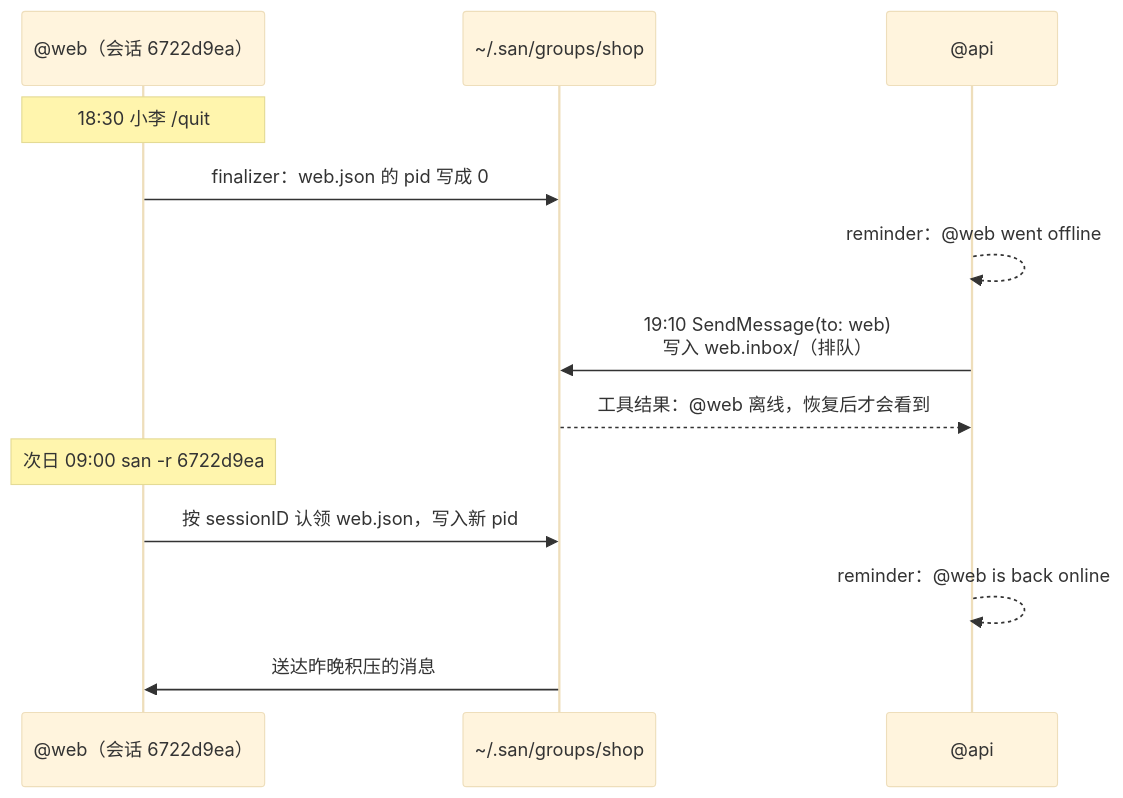
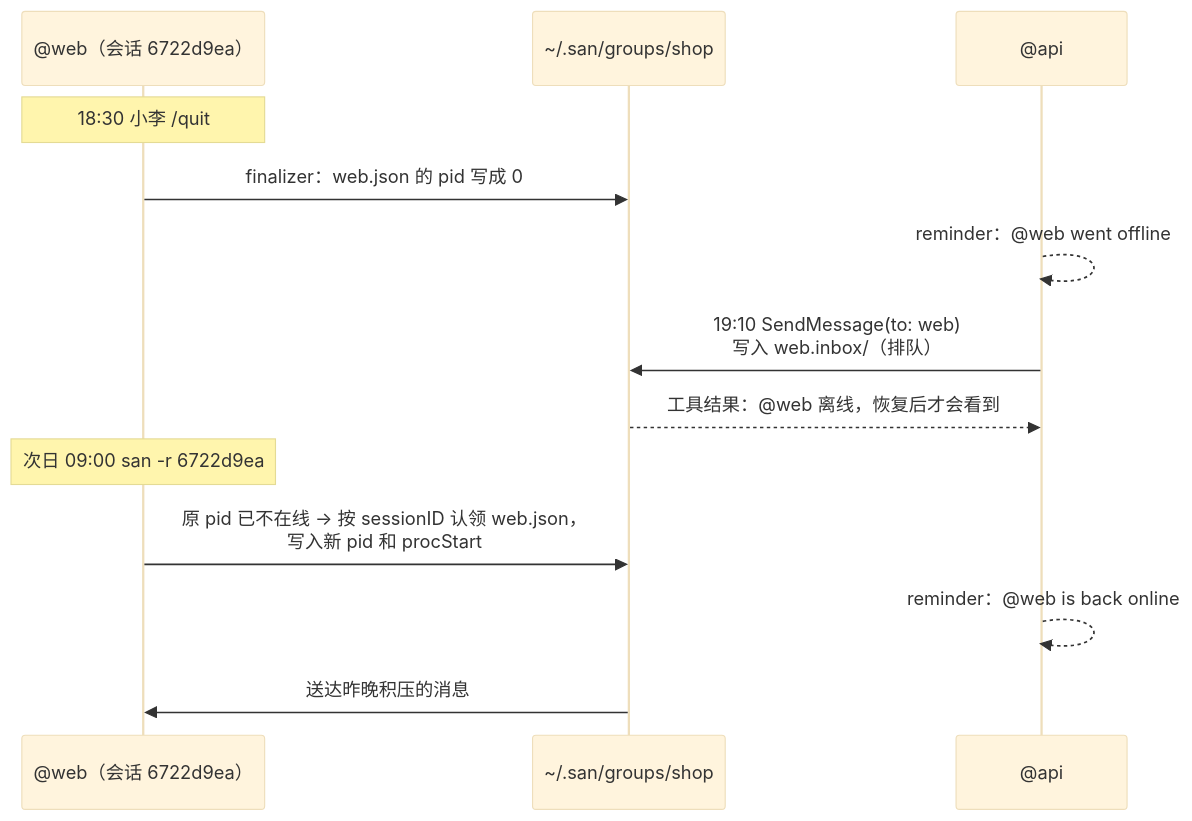
The fourth of 5 diagrams in docs/design/proposals/0003-session-groups.zh.md (genai-io/san), drawn with Mermaid (base theme) before and after one commit. The commit also changed other lines of this file and 1 other file, not shown here.

````diff
--- a/docs/design/proposals/0003-session-groups.zh.md
+++ b/docs/design/proposals/0003-session-groups.zh.md
@@ -243,15 +249,15 @@
 ```mermaid
 sequenceDiagram
     participant W as @web（会话 6722d9ea）
     participant FS as ~/.san/groups/shop
     participant A as @api
     Note over W: 18:30 小李 /quit
     W->>FS: finalizer：web.json 的 pid 写成 0
     A-->>A: reminder：@web went offline
     A->>FS: 19:10 SendMessage(to: web)<br/>写入 web.inbox/（排队）
     FS-->>A: 工具结果：@web 离线，恢复后才会看到
     Note over W: 次日 09:00 san -r 6722d9ea
-    W->>FS: 按 sessionID 认领 web.json，写入新 pid
+    W->>FS: 原 pid 已不在线 → 按 sessionID 认领 web.json，<br/>写入新 pid 和 procStart
     A-->>A: reminder：@web is back online
     FS->>W: 送达昨晚积压的消息
 ```
````
